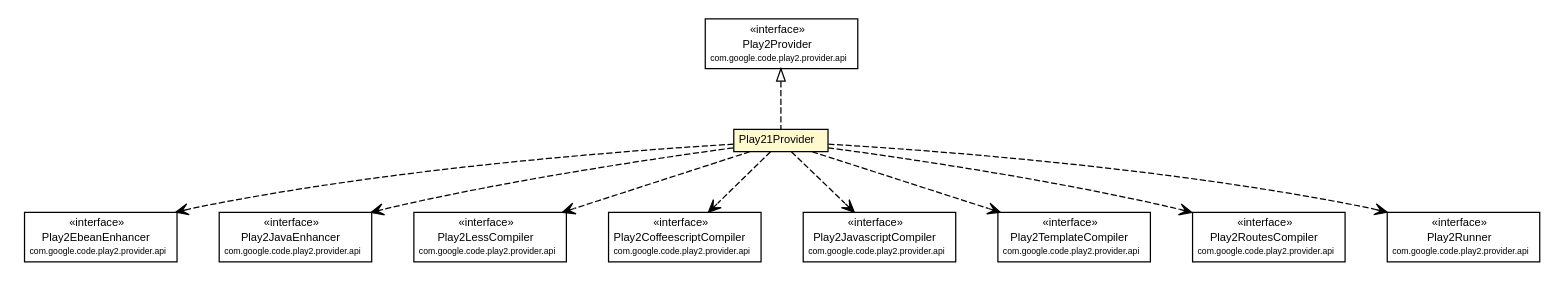
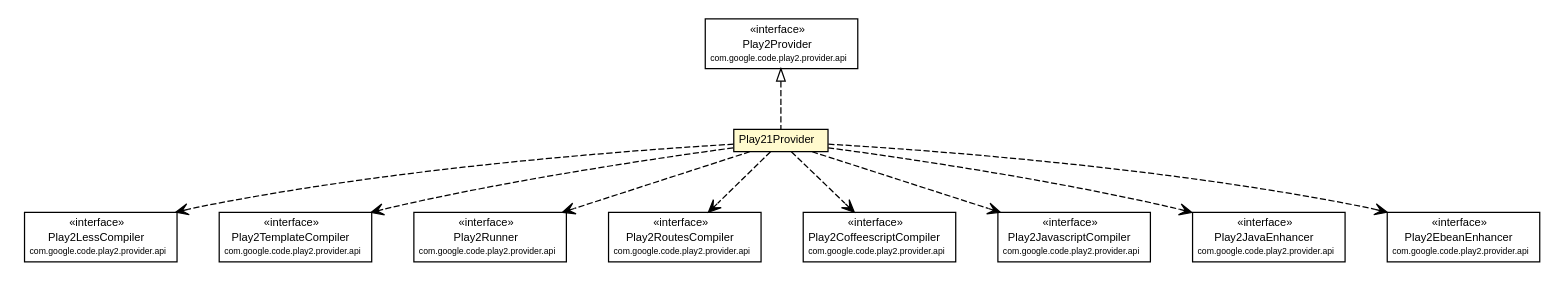
Before and after one commit to play2-maven-plugin/play2-maven-plugin.github.io: the diagram in play2-maven-plugin/1.0.0-beta5-SNAPSHOT/play2-providers/play2-provider-play21/apidocs/com/google/code/play2/provider/play21/Play21Provider.dot, drawn with Graphviz. The commit also changed 309 other files, not shown here.

```diff
--- a/play2-maven-plugin/1.0.0-beta5-SNAPSHOT/play2-providers/play2-provider-play21/apidocs/com/google/code/play2/provider/play21/Play21Provider.dot
+++ b/play2-maven-plugin/1.0.0-beta5-SNAPSHOT/play2-providers/play2-provider-play21/apidocs/com/google/code/play2/provider/play21/Play21Provider.dot
@@ -1,108 +1,108 @@
 #!/usr/local/bin/dot
 #
 # Class diagram 
 # Generated by UMLGraph version R5_6-24-gf6e263 (http://www.umlgraph.org/)
 #
 
 digraph G {
 	edge [fontname="arial",fontsize=10,labelfontname="arial",labelfontsize=10];
 	node [fontname="arial",fontsize=10,shape=plaintext];
 	nodesep=0.25;
 	ranksep=0.5;
 	// com.google.code.play2.provider.play21.Play21Provider
 	c184 [label=<<table title="com.google.code.play2.provider.play21.Play21Provider" border="0" cellborder="1" cellspacing="0" cellpadding="2" port="p" bgcolor="lemonChiffon" href="./Play21Provider.html">
 		<tr><td><table border="0" cellspacing="0" cellpadding="1">
 <tr><td align="center" balign="center"> Play21Provider </td></tr>
 		</table></td></tr>
 		</table>>, URL="./Play21Provider.html", fontname="arial", fontcolor="black", fontsize=9.0];
 	//com.google.code.play2.provider.play21.Play21Provider implements com.google.code.play2.provider.api.Play2Provider
 	c193:p -> c184:p [dir=back,arrowtail=empty,style=dashed];
+	// com.google.code.play2.provider.play21.Play21Provider DEPEND com.google.code.play2.provider.api.Play2LessCompiler
+	c184:p -> c194:p [taillabel="", label="", headlabel="", fontname="arial", fontcolor="black", fontsize=10.0, color="black", arrowhead=open, style=dashed];
+	// com.google.code.play2.provider.play21.Play21Provider DEPEND com.google.code.play2.provider.api.Play2TemplateCompiler
+	c184:p -> c195:p [taillabel="", label="", headlabel="", fontname="arial", fontcolor="black", fontsize=10.0, color="black", arrowhead=open, style=dashed];
+	// com.google.code.play2.provider.play21.Play21Provider DEPEND com.google.code.play2.provider.api.Play2Runner
+	c184:p -> c196:p [taillabel="", label="", headlabel="", fontname="arial", fontcolor="black", fontsize=10.0, color="black", arrowhead=open, style=dashed];
+	// com.google.code.play2.provider.play21.Play21Provider DEPEND com.google.code.play2.provider.api.Play2RoutesCompiler
+	c184:p -> c197:p [taillabel="", label="", headlabel="", fontname="arial", fontcolor="black", fontsize=10.0, color="black", arrowhead=open, style=dashed];
+	// com.google.code.play2.provider.play21.Play21Provider DEPEND com.google.code.play2.provider.api.Play2CoffeescriptCompiler
+	c184:p -> c198:p [taillabel="", label="", headlabel="", fontname="arial", fontcolor="black", fontsize=10.0, color="black", arrowhead=open, style=dashed];
+	// com.google.code.play2.provider.play21.Play21Provider DEPEND com.google.code.play2.provider.api.Play2JavascriptCompiler
+	c184:p -> c199:p [taillabel="", label="", headlabel="", fontname="arial", fontcolor="black", fontsize=10.0, color="black", arrowhead=open, style=dashed];
+	// com.google.code.play2.provider.play21.Play21Provider DEPEND com.google.code.play2.provider.api.Play2JavaEnhancer
+	c184:p -> c200:p [taillabel="", label="", headlabel="", fontname="arial", fontcolor="black", fontsize=10.0, color="black", arrowhead=open, style=dashed];
 	// com.google.code.play2.provider.play21.Play21Provider DEPEND com.google.code.play2.provider.api.Play2EbeanEnhancer
-	c184:p -> c194:p [taillabel="", label="", headlabel="", fontname="arial", fontcolor="black", fontsize=10.0, color="black", arrowhead=open, style=dashed];
-	// com.google.code.play2.provider.play21.Play21Provider DEPEND com.google.code.play2.provider.api.Play2JavaEnhancer
-	c184:p -> c195:p [taillabel="", label="", headlabel="", fontname="arial", fontcolor="black", fontsize=10.0, color="black", arrowhead=open, style=dashed];
-	// com.google.code.play2.provider.play21.Play21Provider DEPEND com.google.code.play2.provider.api.Play2LessCompiler
-	c184:p -> c196:p [taillabel="", label="", headlabel="", fontname="arial", fontcolor="black", fontsize=10.0, color="black", arrowhead=open, style=dashed];
-	// com.google.code.play2.provider.play21.Play21Provider DEPEND com.google.code.play2.provider.api.Play2CoffeescriptCompiler
-	c184:p -> c197:p [taillabel="", label="", headlabel="", fontname="arial", fontcolor="black", fontsize=10.0, color="black", arrowhead=open, style=dashed];
-	// com.google.code.play2.provider.play21.Play21Provider DEPEND com.google.code.play2.provider.api.Play2JavascriptCompiler
-	c184:p -> c198:p [taillabel="", label="", headlabel="", fontname="arial", fontcolor="black", fontsize=10.0, color="black", arrowhead=open, style=dashed];
-	// com.google.code.play2.provider.play21.Play21Provider DEPEND com.google.code.play2.provider.api.Play2TemplateCompiler
-	c184:p -> c199:p [taillabel="", label="", headlabel="", fontname="arial", fontcolor="black", fontsize=10.0, color="black", arrowhead=open, style=dashed];
-	// com.google.code.play2.provider.play21.Play21Provider DEPEND com.google.code.play2.provider.api.Play2RoutesCompiler
-	c184:p -> c200:p [taillabel="", label="", headlabel="", fontname="arial", fontcolor="black", fontsize=10.0, color="black", arrowhead=open, style=dashed];
-	// com.google.code.play2.provider.play21.Play21Provider DEPEND com.google.code.play2.provider.api.Play2Runner
 	c184:p -> c201:p [taillabel="", label="", headlabel="", fontname="arial", fontcolor="black", fontsize=10.0, color="black", arrowhead=open, style=dashed];
 	// com.google.code.play2.provider.api.Play2Provider
 	c193 [label=<<table title="com.google.code.play2.provider.api.Play2Provider" border="0" cellborder="1" cellspacing="0" cellpadding="2" port="p">
 		<tr><td><table border="0" cellspacing="0" cellpadding="1">
 <tr><td align="center" balign="center"> &#171;interface&#187; </td></tr>
 <tr><td align="center" balign="center"> Play2Provider </td></tr>
 <tr><td align="center" balign="center"><font point-size="7.0"> com.google.code.play2.provider.api </font></td></tr>
 		</table></td></tr>
 		</table>>, URL="null", fontname="arial", fontcolor="black", fontsize=9.0];
 	// com.google.code.play2.provider.api.Play2RoutesCompiler
-	c200 [label=<<table title="com.google.code.play2.provider.api.Play2RoutesCompiler" border="0" cellborder="1" cellspacing="0" cellpadding="2" port="p">
+	c197 [label=<<table title="com.google.code.play2.provider.api.Play2RoutesCompiler" border="0" cellborder="1" cellspacing="0" cellpadding="2" port="p">
 		<tr><td><table border="0" cellspacing="0" cellpadding="1">
 <tr><td align="center" balign="center"> &#171;interface&#187; </td></tr>
 <tr><td align="center" balign="center"> Play2RoutesCompiler </td></tr>
 <tr><td align="center" balign="center"><font point-size="7.0"> com.google.code.play2.provider.api </font></td></tr>
 		</table></td></tr>
 		</table>>, URL="null", fontname="arial", fontcolor="black", fontsize=9.0];
 	// com.google.code.play2.provider.api.Play2LessCompiler
-	c196 [label=<<table title="com.google.code.play2.provider.api.Play2LessCompiler" border="0" cellborder="1" cellspacing="0" cellpadding="2" port="p">
+	c194 [label=<<table title="com.google.code.play2.provider.api.Play2LessCompiler" border="0" cellborder="1" cellspacing="0" cellpadding="2" port="p">
 		<tr><td><table border="0" cellspacing="0" cellpadding="1">
 <tr><td align="center" balign="center"> &#171;interface&#187; </td></tr>
 <tr><td align="center" balign="center"> Play2LessCompiler </td></tr>
 <tr><td align="center" balign="center"><font point-size="7.0"> com.google.code.play2.provider.api </font></td></tr>
 		</table></td></tr>
 		</table>>, URL="null", fontname="arial", fontcolor="black", fontsize=9.0];
 	// com.google.code.play2.provider.api.Play2TemplateCompiler
-	c199 [label=<<table title="com.google.code.play2.provider.api.Play2TemplateCompiler" border="0" cellborder="1" cellspacing="0" cellpadding="2" port="p">
+	c195 [label=<<table title="com.google.code.play2.provider.api.Play2TemplateCompiler" border="0" cellborder="1" cellspacing="0" cellpadding="2" port="p">
 		<tr><td><table border="0" cellspacing="0" cellpadding="1">
 <tr><td align="center" balign="center"> &#171;interface&#187; </td></tr>
 <tr><td align="center" balign="center"> Play2TemplateCompiler </td></tr>
 <tr><td align="center" balign="center"><font point-size="7.0"> com.google.code.play2.provider.api </font></td></tr>
 		</table></td></tr>
 		</table>>, URL="null", fontname="arial", fontcolor="black", fontsize=9.0];
 	// com.google.code.play2.provider.api.Play2CoffeescriptCompiler
-	c197 [label=<<table title="com.google.code.play2.provider.api.Play2CoffeescriptCompiler" border="0" cellborder="1" cellspacing="0" cellpadding="2" port="p">
+	c198 [label=<<table title="com.google.code.play2.provider.api.Play2CoffeescriptCompiler" border="0" cellborder="1" cellspacing="0" cellpadding="2" port="p">
 		<tr><td><table border="0" cellspacing="0" cellpadding="1">
 <tr><td align="center" balign="center"> &#171;interface&#187; </td></tr>
 <tr><td align="center" balign="center"> Play2CoffeescriptCompiler </td></tr>
 <tr><td align="center" balign="center"><font point-size="7.0"> com.google.code.play2.provider.api </font></td></tr>
 		</table></td></tr>
 		</table>>, URL="null", fontname="arial", fontcolor="black", fontsize=9.0];
 	// com.google.code.play2.provider.api.Play2EbeanEnhancer
-	c194 [label=<<table title="com.google.code.play2.provider.api.Play2EbeanEnhancer" border="0" cellborder="1" cellspacing="0" cellpadding="2" port="p">
+	c201 [label=<<table title="com.google.code.play2.provider.api.Play2EbeanEnhancer" border="0" cellborder="1" cellspacing="0" cellpadding="2" port="p">
 		<tr><td><table border="0" cellspacing="0" cellpadding="1">
 <tr><td align="center" balign="center"> &#171;interface&#187; </td></tr>
 <tr><td align="center" balign="center"> Play2EbeanEnhancer </td></tr>
 <tr><td align="center" balign="center"><font point-size="7.0"> com.google.code.play2.provider.api </font></td></tr>
 		</table></td></tr>
 		</table>>, URL="null", fontname="arial", fontcolor="black", fontsize=9.0];
 	// com.google.code.play2.provider.api.Play2JavascriptCompiler
-	c198 [label=<<table title="com.google.code.play2.provider.api.Play2JavascriptCompiler" border="0" cellborder="1" cellspacing="0" cellpadding="2" port="p">
+	c199 [label=<<table title="com.google.code.play2.provider.api.Play2JavascriptCompiler" border="0" cellborder="1" cellspacing="0" cellpadding="2" port="p">
 		<tr><td><table border="0" cellspacing="0" cellpadding="1">
 <tr><td align="center" balign="center"> &#171;interface&#187; </td></tr>
 <tr><td align="center" balign="center"> Play2JavascriptCompiler </td></tr>
 <tr><td align="center" balign="center"><font point-size="7.0"> com.google.code.play2.provider.api </font></td></tr>
 		</table></td></tr>
 		</table>>, URL="null", fontname="arial", fontcolor="black", fontsize=9.0];
 	// com.google.code.play2.provider.api.Play2JavaEnhancer
-	c195 [label=<<table title="com.google.code.play2.provider.api.Play2JavaEnhancer" border="0" cellborder="1" cellspacing="0" cellpadding="2" port="p">
+	c200 [label=<<table title="com.google.code.play2.provider.api.Play2JavaEnhancer" border="0" cellborder="1" cellspacing="0" cellpadding="2" port="p">
 		<tr><td><table border="0" cellspacing="0" cellpadding="1">
 <tr><td align="center" balign="center"> &#171;interface&#187; </td></tr>
 <tr><td align="center" balign="center"> Play2JavaEnhancer </td></tr>
 <tr><td align="center" balign="center"><font point-size="7.0"> com.google.code.play2.provider.api </font></td></tr>
 		</table></td></tr>
 		</table>>, URL="null", fontname="arial", fontcolor="black", fontsize=9.0];
 	// com.google.code.play2.provider.api.Play2Runner
-	c201 [label=<<table title="com.google.code.play2.provider.api.Play2Runner" border="0" cellborder="1" cellspacing="0" cellpadding="2" port="p">
+	c196 [label=<<table title="com.google.code.play2.provider.api.Play2Runner" border="0" cellborder="1" cellspacing="0" cellpadding="2" port="p">
 		<tr><td><table border="0" cellspacing="0" cellpadding="1">
 <tr><td align="center" balign="center"> &#171;interface&#187; </td></tr>
 <tr><td align="center" balign="center"> Play2Runner </td></tr>
 <tr><td align="center" balign="center"><font point-size="7.0"> com.google.code.play2.provider.api </font></td></tr>
 		</table></td></tr>
 		</table>>, URL="null", fontname="arial", fontcolor="black", fontsize=9.0];
 }
```
